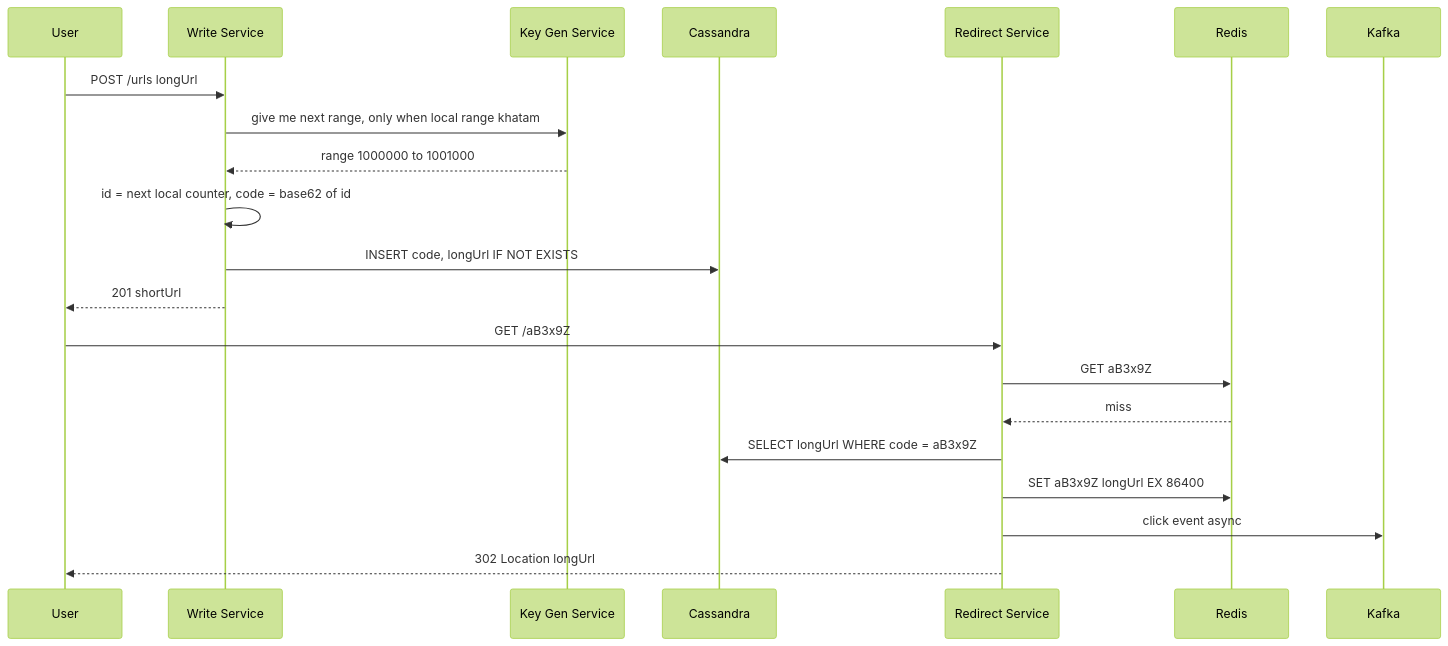
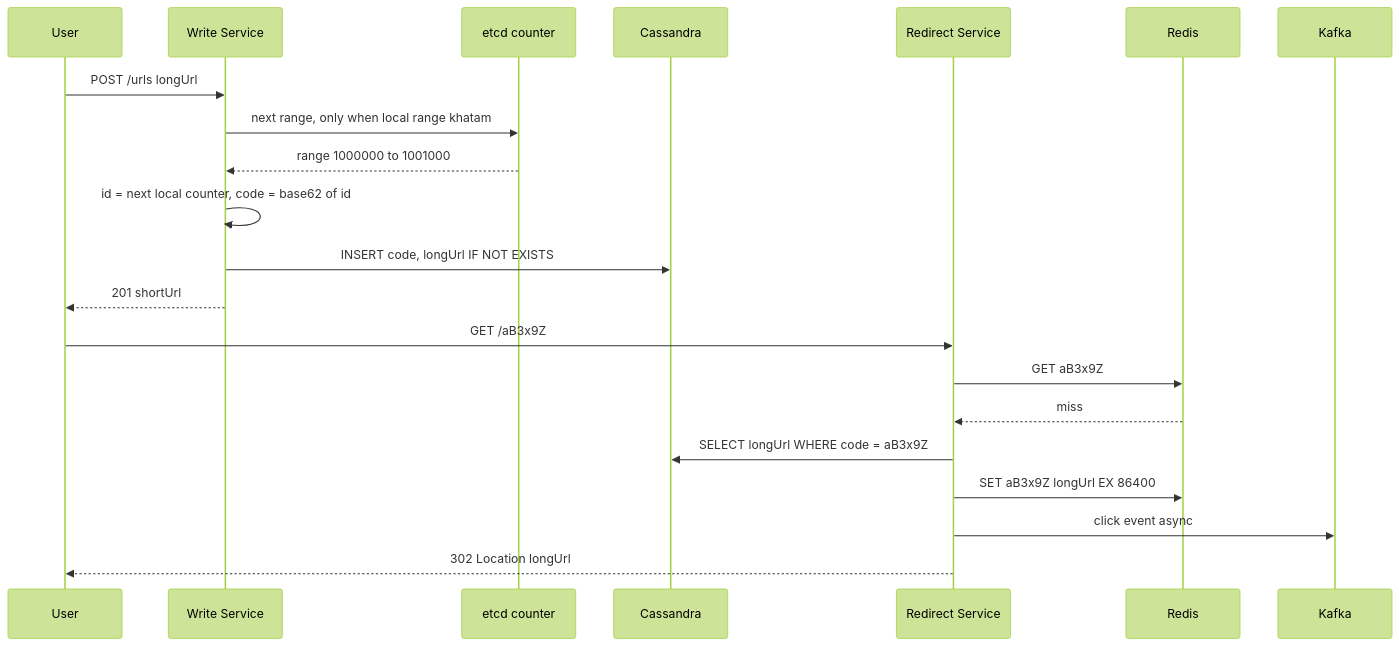
One commit to flow6979/system-design-prep changed the second of 2 diagrams in content/02-questions/t1-01-url-shortener.md. Above: the diagram before and after it, drawn with Mermaid (forest theme). The commit also changed other lines of this file and 61 other files, not shown here.

````diff
--- a/content/02-questions/t1-01-url-shortener.md
+++ b/content/02-questions/t1-01-url-shortener.md
@@ -106,23 +112,23 @@
 ```mermaid
 sequenceDiagram
   participant U as User
   participant W as Write Service
-  participant KS as Key Gen Service
+  participant KZ as etcd counter
   participant DB as Cassandra
   participant R as Redirect Service
   participant RC as Redis
   participant K as Kafka
   U->>W: POST /urls longUrl
-  W->>KS: give me next range, only when local range khatam
-  KS-->>W: range 1000000 to 1001000
+  W->>KZ: next range, only when local range khatam
+  KZ-->>W: range 1000000 to 1001000
   W->>W: id = next local counter, code = base62 of id
   W->>DB: INSERT code, longUrl IF NOT EXISTS
   W-->>U: 201 shortUrl
   U->>R: GET /aB3x9Z
   R->>RC: GET aB3x9Z
   RC-->>R: miss
   R->>DB: SELECT longUrl WHERE code = aB3x9Z
   R->>RC: SET aB3x9Z longUrl EX 86400
   R->>K: click event async
   R-->>U: 302 Location longUrl
 ```
````
